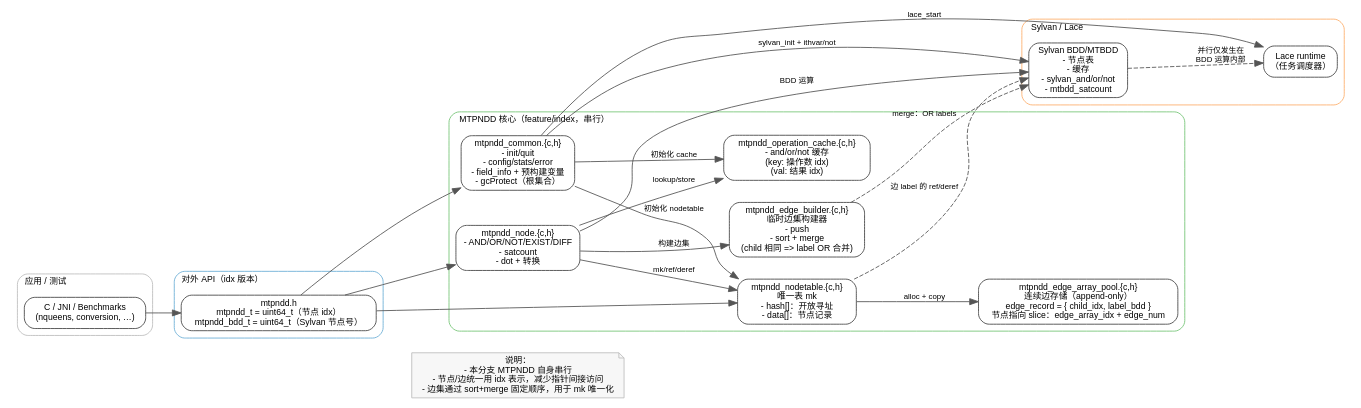
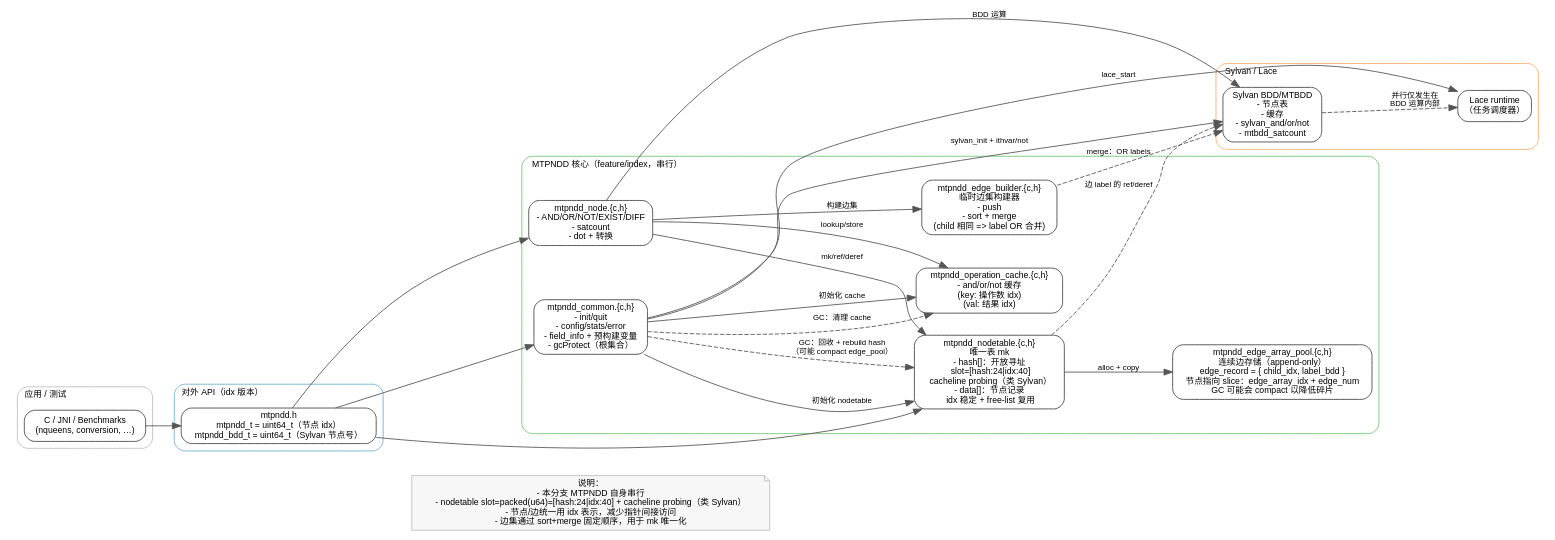
The diagram in docs/mtpndd_architecture_zh.dot (Augists/MTPNDD), drawn with Graphviz before and after one commit. The commit also changed other lines of this file and 12 other files, not shown here.

Commit message:
feat: like sylvan, support min max nodetable size and mtpndd bit pack and cache line in hash array

```diff
--- a/docs/mtpndd_architecture_zh.dot
+++ b/docs/mtpndd_architecture_zh.dot
@@ -1,74 +1,76 @@
 // MTPNDD 架构图（feature/index）
 // 生成：dot -Tpng docs/mtpndd_architecture_zh.dot -o docs/mtpndd_architecture_zh.png
 digraph MTPNDD_Architecture_ZH {
   rankdir=LR;
   compound=true;
   splines=true;
   nodesep=0.35;
   ranksep=0.55;
 
   graph [fontname="Helvetica", fontsize=10, labelloc="t", labeljust="l"];
   node  [fontname="Helvetica", fontsize=10, shape=box, style="rounded,filled", fillcolor="#ffffff", color="#444444"];
   edge  [fontname="Helvetica", fontsize=9, color="#555555"];
 
   subgraph cluster_app {
     label="应用 / 测试";
     color="#bdbdbd";
     style="rounded";
     app [label="C / JNI / Benchmarks\n(nqueens, conversion, …)"];
   }
 
   subgraph cluster_api {
     label="对外 API（idx 版本）";
     color="#6baed6";
     style="rounded";
     api [label="mtpndd.h\nmtpndd_t = uint64_t（节点 idx）\nmtpndd_bdd_t = uint64_t（Sylvan 节点号）"];
   }
 
   subgraph cluster_core {
     label="MTPNDD 核心（feature/index，串行）";
     color="#74c476";
     style="rounded";
 
     common [label="mtpndd_common.{c,h}\n- init/quit\n- config/stats/error\n- field_info + 预构建变量\n- gcProtect（根集合）"];
     nodeops [label="mtpndd_node.{c,h}\n- AND/OR/NOT/EXIST/DIFF\n- satcount\n- dot + 转换"];
-    nodetable [label="mtpndd_nodetable.{c,h}\n唯一表 mk\n- hash[]：开放寻址\n- data[]：节点记录"];
+    nodetable [label="mtpndd_nodetable.{c,h}\n唯一表 mk\n- hash[]：开放寻址\n  slot=[hash:24|idx:40]\n  cacheline probing（类 Sylvan）\n- data[]：节点记录\n  idx 稳定 + free-list 复用"];
     opcache [label="mtpndd_operation_cache.{c,h}\n- and/or/not 缓存\n(key: 操作数 idx)\n(val: 结果 idx)"];
     builder [label="mtpndd_edge_builder.{c,h}\n临时边集构建器\n- push\n- sort + merge\n(child 相同 => label OR 合并)"];
-    edgepool [label="mtpndd_edge_array_pool.{c,h}\n连续边存储（append-only）\nedge_record = { child_idx, label_bdd }\n节点指向 slice：edge_array_idx + edge_num"];
+    edgepool [label="mtpndd_edge_array_pool.{c,h}\n连续边存储（append-only）\nedge_record = { child_idx, label_bdd }\n节点指向 slice：edge_array_idx + edge_num\nGC 可能会 compact 以降低碎片"];
   }
 
   subgraph cluster_sylvan {
     label="Sylvan / Lace";
     color="#fdae6b";
     style="rounded";
     lace   [label="Lace runtime\n（任务调度器）"];
     sylvan [label="Sylvan BDD/MTBDD\n- 节点表\n- 缓存\n- sylvan_and/or/not\n- mtbdd_satcount"];
   }
 
   app -> api;
 
   api -> common;
   api -> nodeops;
   api -> nodetable;
 
   common -> lace   [label="lace_start"];
   common -> sylvan [label="sylvan_init + ithvar/not"];
   common -> nodetable [label="初始化 nodetable"];
   common -> opcache [label="初始化 cache"];
+  common -> opcache [style="dashed", label="GC：清理 cache"];
+  common -> nodetable [style="dashed", label="GC：回收 + rebuild hash\n（可能 compact edge_pool）"];
 
   nodeops -> opcache   [label="lookup/store"];
   nodeops -> builder   [label="构建边集"];
   nodeops -> nodetable [label="mk/ref/deref"];
   nodeops -> sylvan    [label="BDD 运算"];
 
   builder -> sylvan    [style="dashed", label="merge：OR labels"];
   nodetable -> edgepool [label="alloc + copy"];
   nodetable -> sylvan   [style="dashed", label="边 label 的 ref/deref"];
 
   sylvan -> lace [style="dashed", label="并行仅发生在\nBDD 运算内部"];
 
   legend [shape=note, style="filled", fillcolor="#f7f7f7", color="#bdbdbd",
-          label="说明：\n- 本分支 MTPNDD 自身串行\n- 节点/边统一用 idx 表示，减少指针间接访问\n- 边集通过 sort+merge 固定顺序，用于 mk 唯一化"];
+          label="说明：\n- 本分支 MTPNDD 自身串行\n- nodetable slot=packed(u64)=[hash:24|idx:40] + cacheline probing（类 Sylvan）\n- 节点/边统一用 idx 表示，减少指针间接访问\n- 边集通过 sort+merge 固定顺序，用于 mk 唯一化"];
   api -> legend [style="invis"];
 }
```
